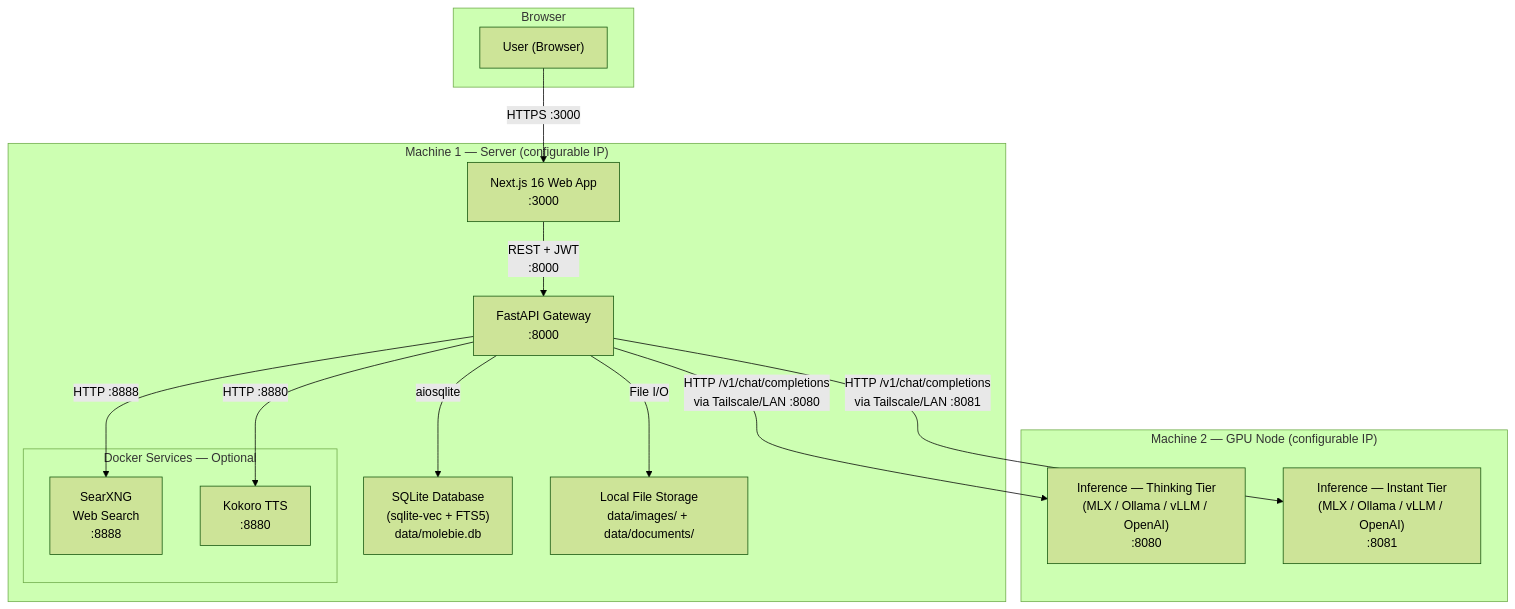
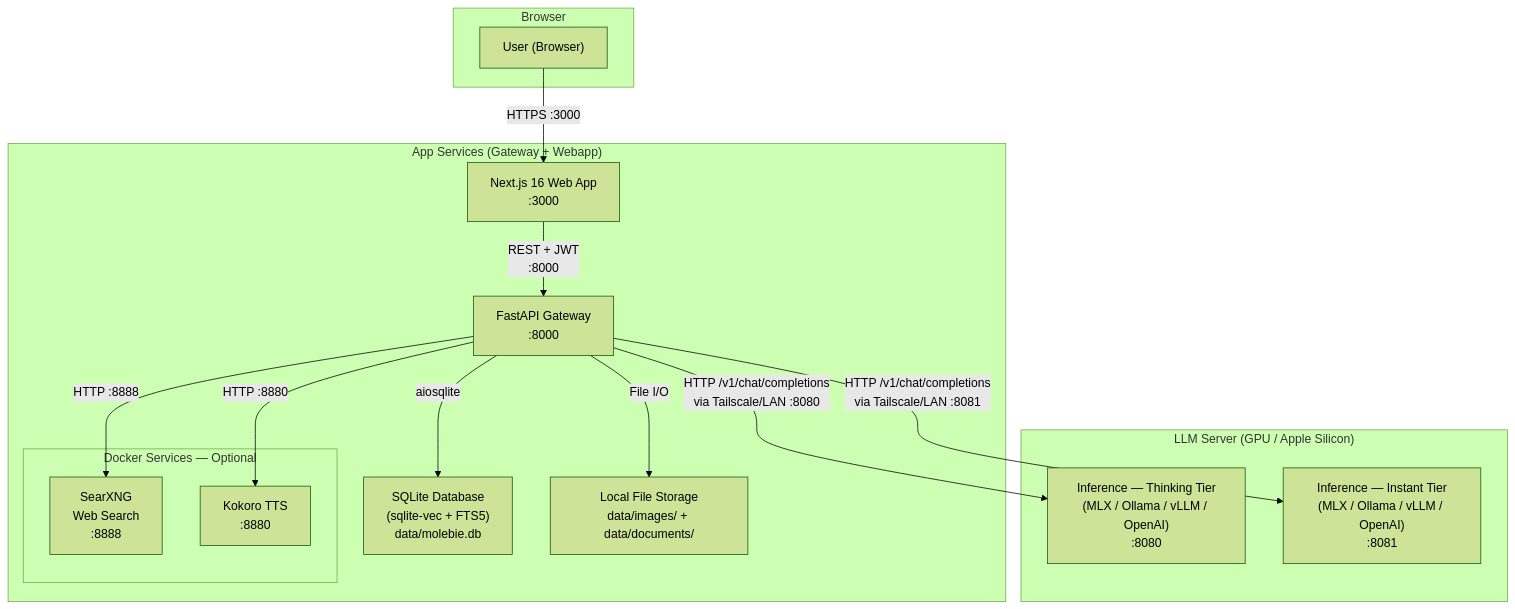
Before and after one commit to Jimmy6929/Molebie_AI: the first of 14 diagrams in full_system_architecture_map_730d3d3f.plan.md, drawn with Mermaid (forest theme). The commit also changed other lines of this file and 1 other file, not shown here.

````diff
--- a/full_system_architecture_map_730d3d3f.plan.md
+++ b/full_system_architecture_map_730d3d3f.plan.md
@@ -18,31 +18,31 @@
 ```mermaid
 graph TB
     subgraph browser [Browser]
         User["User (Browser)"]
     end
 
-    subgraph machine1 ["Machine 1 — Server (configurable IP)"]
+    subgraph appServices ["App Services (Gateway + Webapp)"]
         WebApp["Next.js 16 Web App\n:3000"]
         Gateway["FastAPI Gateway\n:8000"]
         SQLiteDB["SQLite Database\n(sqlite-vec + FTS5)\ndata/molebie.db"]
         LocalStorage["Local File Storage\ndata/images/ + data/documents/"]
         subgraph dockerSvc [Docker Services — Optional]
             SearXNG["SearXNG\nWeb Search\n:8888"]
             KokoroTTS["Kokoro TTS\n:8880"]
         end
     end
 
-    subgraph machine2 ["Machine 2 — GPU Node (configurable IP)"]
+    subgraph llmServices ["LLM Server (GPU / Apple Silicon)"]
         ThinkingLLM["Inference — Thinking Tier\n(MLX / Ollama / vLLM / OpenAI)\n:8080"]
         InstantLLM["Inference — Instant Tier\n(MLX / Ollama / vLLM / OpenAI)\n:8081"]
     end
 
     User -->|"HTTPS :3000"| WebApp
     WebApp -->|"REST + JWT\n:8000"| Gateway
     Gateway -->|"aiosqlite"| SQLiteDB
     Gateway -->|"File I/O"| LocalStorage
     Gateway -->|"HTTP /v1/chat/completions\nvia Tailscale/LAN :8080"| ThinkingLLM
     Gateway -->|"HTTP /v1/chat/completions\nvia Tailscale/LAN :8081"| InstantLLM
     Gateway -->|"HTTP :8888"| SearXNG
     Gateway -->|"HTTP :8880"| KokoroTTS
 ```
````
